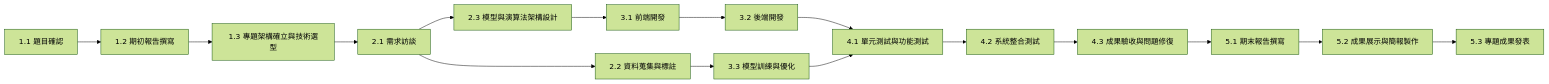
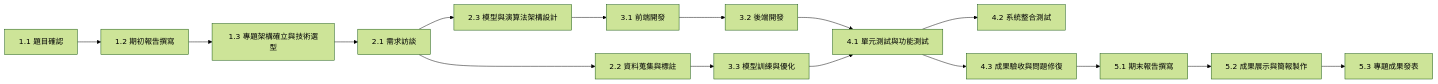
The second of 2 diagrams in README.md (hong-wei-qi/campus-traffic-violation-identification-system), drawn with Mermaid (forest theme) before and after one commit.

````diff
--- a/README.md
+++ b/README.md
@@ -46,20 +46,20 @@
 ```mermaid
 graph LR
 
     B[1.1 題目確認] --> C[1.2 期初報告撰寫];
     C --> D[1.3 專題架構確立與技術選型];
     D --> E[2.1 需求訪談];
     E --> F[2.2 資料蒐集與標註];
     E --> G[2.3 模型與演算法架構設計];
     G --> H[3.1 前端開發];
     H --> I[3.2 後端開發];
     F --> J[3.3 模型訓練與優化];
     I --> K[4.1 單元測試與功能測試];
     J --> K;
     K --> L[4.2 系統整合測試];
-    L --> M[4.3 成果驗收與問題修復];
+    K --> M[4.3 成果驗收與問題修復];
     M --> N[5.1 期末報告撰寫];
     N --> O[5.2 成果展示與簡報製作];
     O --> P[5.3 專題成果發表];
 
 ```
````
